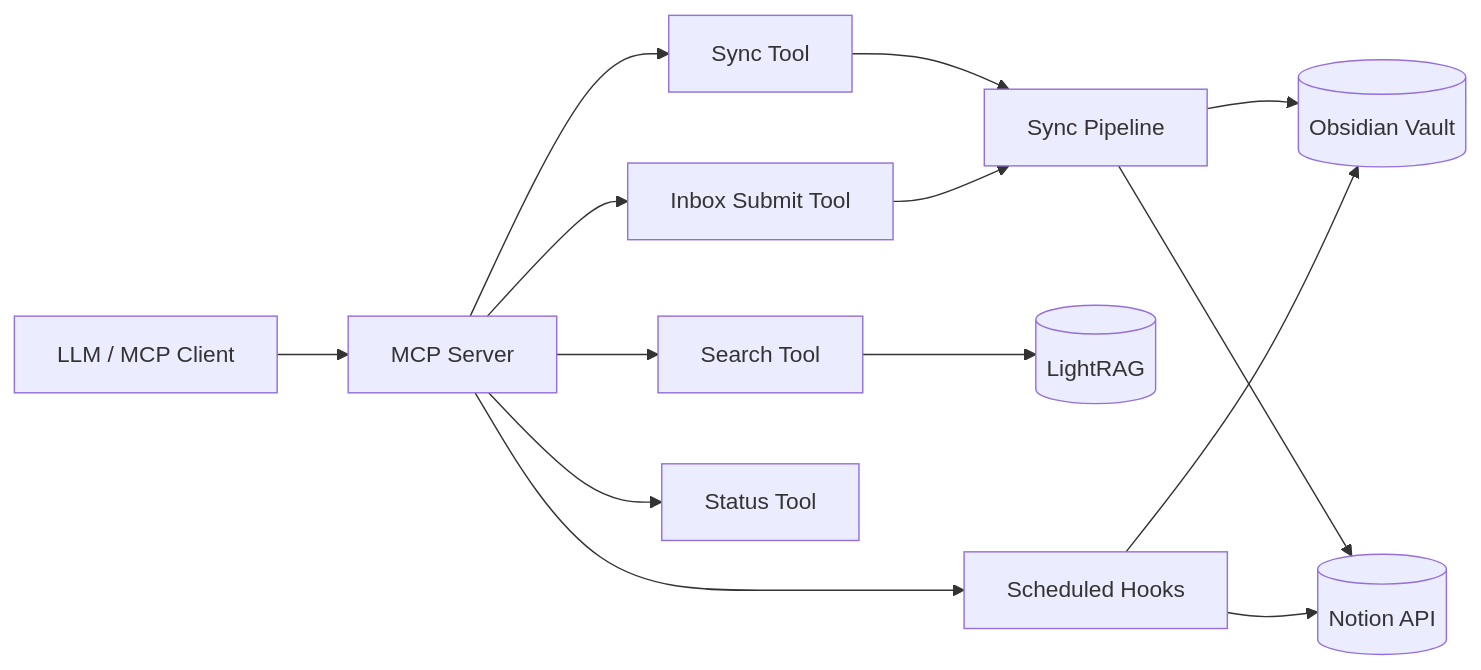
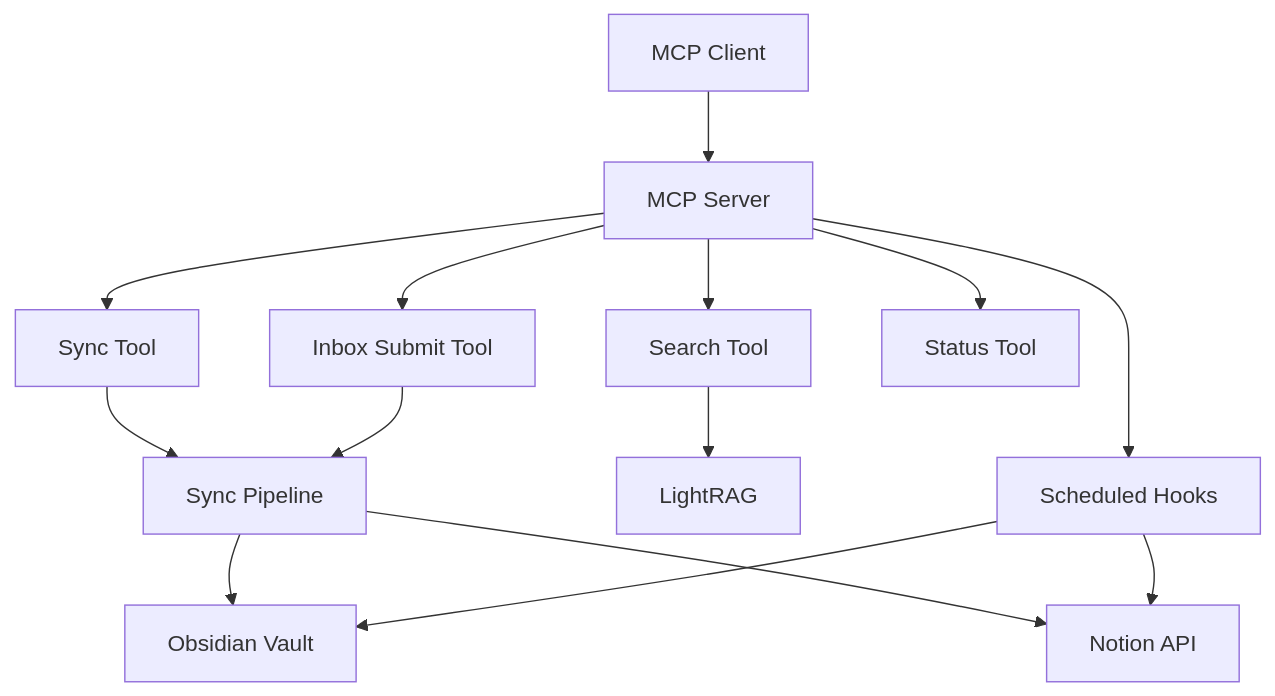
Before and after one commit to winminy/Hermes_Brainstem: the diagram in README.md, drawn with Mermaid.

Commit message:
Fix GitHub Mermaid architecture flowchart

````diff
--- a/README.md
+++ b/README.md
@@ -13,16 +13,16 @@
 ```mermaid
-flowchart LR
-    User[LLM / MCP Client] --> MCP[MCP Server]
-    MCP --> Search[Search Tool]
-    MCP --> Sync[Sync Tool]
-    MCP --> Inbox[Inbox Submit Tool]
-    MCP --> Status[Status Tool]
-    Sync --> Pipeline[Sync Pipeline]
-    Inbox --> Pipeline
-    Pipeline --> Vault[(Obsidian Vault)]
-    Pipeline --> Notion[(Notion API)]
-    Search --> LightRAG[(LightRAG)]
-    MCP --> Hooks[Scheduled Hooks]
-    Hooks --> Vault
-    Hooks --> Notion
+flowchart TD
+    client["MCP Client"] --> server["MCP Server"]
+    server --> search["Search Tool"]
+    server --> sync["Sync Tool"]
+    server --> inbox["Inbox Submit Tool"]
+    server --> status["Status Tool"]
+    sync --> pipeline["Sync Pipeline"]
+    inbox --> pipeline
+    pipeline --> vault["Obsidian Vault"]
+    pipeline --> notion["Notion API"]
+    search --> lightrag["LightRAG"]
+    server --> hooks["Scheduled Hooks"]
+    hooks --> vault
+    hooks --> notion
 ```
````
